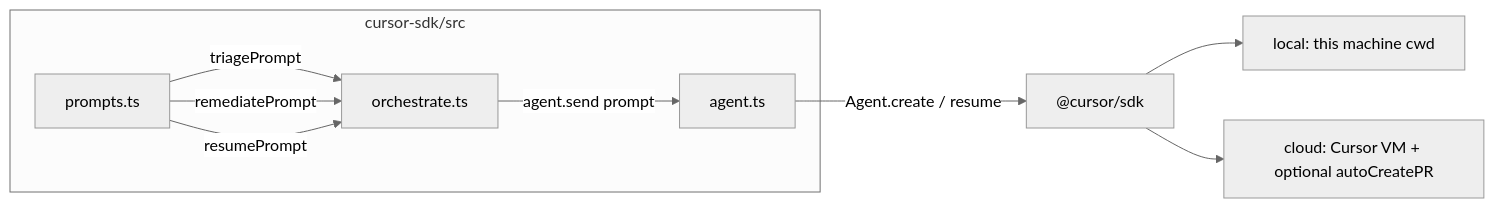
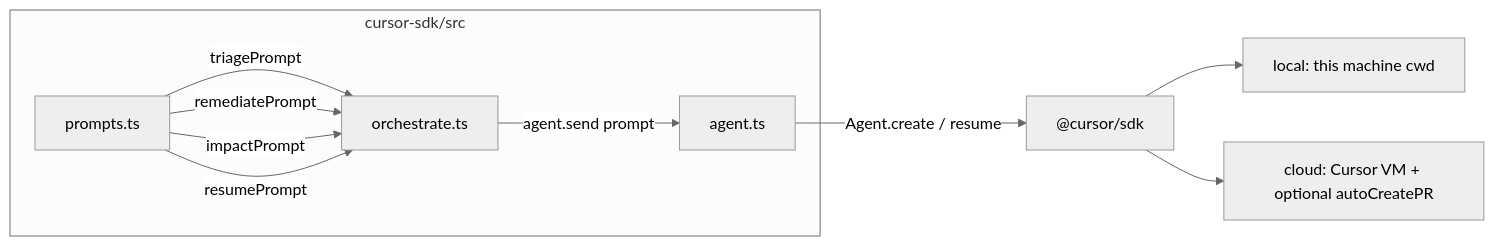
One commit to Acme-finance-demo/spring-petclinic-cursor changed the fifth of 5 diagrams in cursor-sdk/SEQUENCE.md. Above: the diagram before and after it, drawn with Mermaid (neutral theme). The commit also changed other lines of this file and 9 other files, not shown here.

````diff
--- a/cursor-sdk/SEQUENCE.md
+++ b/cursor-sdk/SEQUENCE.md
@@ -175,16 +180,17 @@
 ```mermaid
 flowchart LR
     subgraph code [cursor-sdk/src]
         P[prompts.ts]
         O[orchestrate.ts]
         A[agent.ts]
     end
 
     P -->|triagePrompt| O
     P -->|remediatePrompt| O
+    P -->|impactPrompt| O
     P -->|resumePrompt| O
     O -->|agent.send prompt| A
     A -->|Agent.create / resume| SDK["@cursor/sdk"]
     SDK --> Local[local: this machine cwd]
     SDK --> Cloud[cloud: Cursor VM + optional autoCreatePR]
 ```
````
